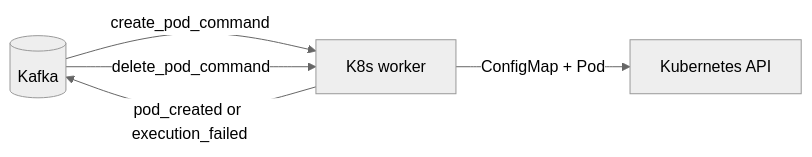
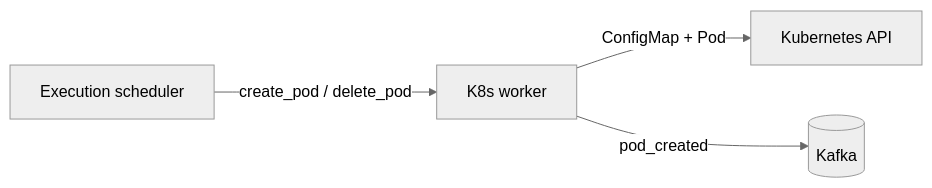
Before and after one commit to HardMax71/Integr8sCode: the diagram in docs/components/workers/k8s_worker.md, drawn with Mermaid (neutral theme). The commit also changed other lines of this file and 119 other files, not shown here.

First line of the commit message:
refactor: the worker runs executions without a saga, and cancel stops the pod (#428)

````diff
--- a/docs/components/workers/k8s_worker.md
+++ b/docs/components/workers/k8s_worker.md
@@ -5,7 +5,6 @@
 ```mermaid
 graph LR
-    Kafka[(Kafka)] -->|create_pod_command| Worker[K8s worker]
-    Kafka -->|delete_pod_command| Worker
+    Sched[Execution scheduler] -->|create_pod / delete_pod| Worker[K8s worker]
     Worker -->|ConfigMap + Pod| K8s[Kubernetes API]
-    Worker -->|pod_created or execution_failed| Kafka
+    Worker -->|pod_created| Kafka[(Kafka)]
 ```
````
